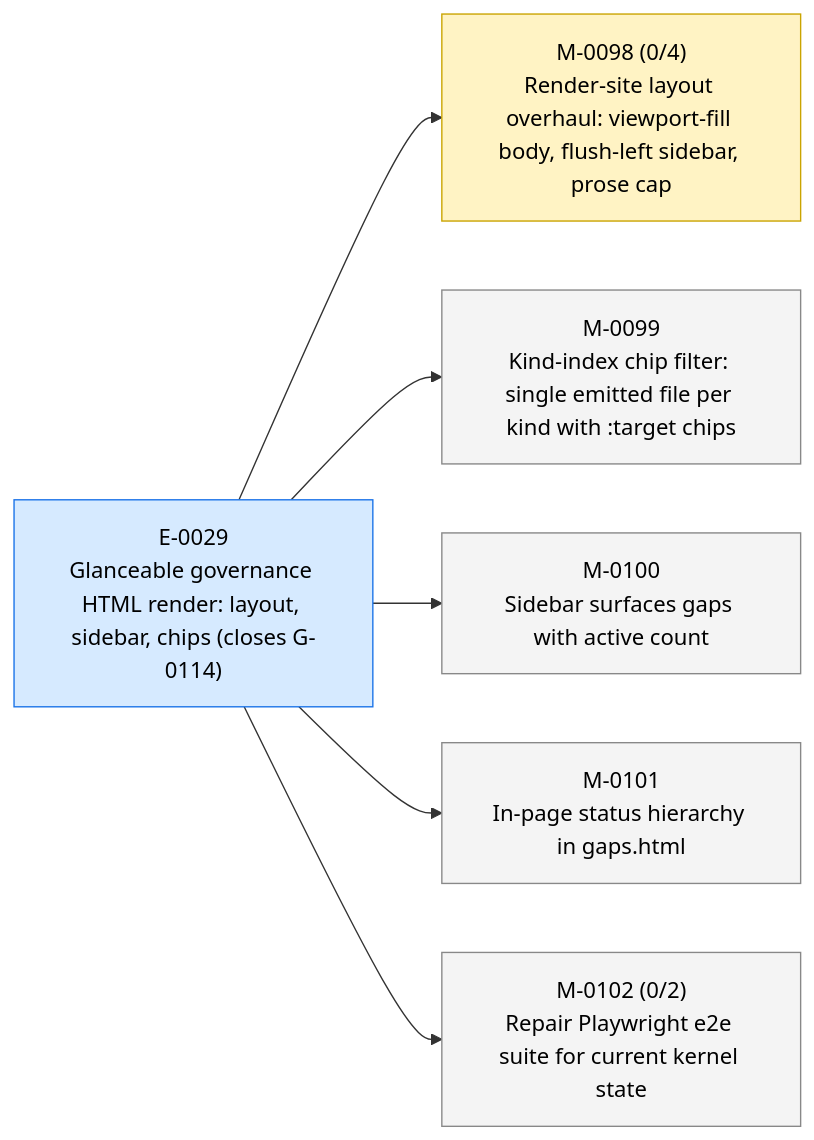
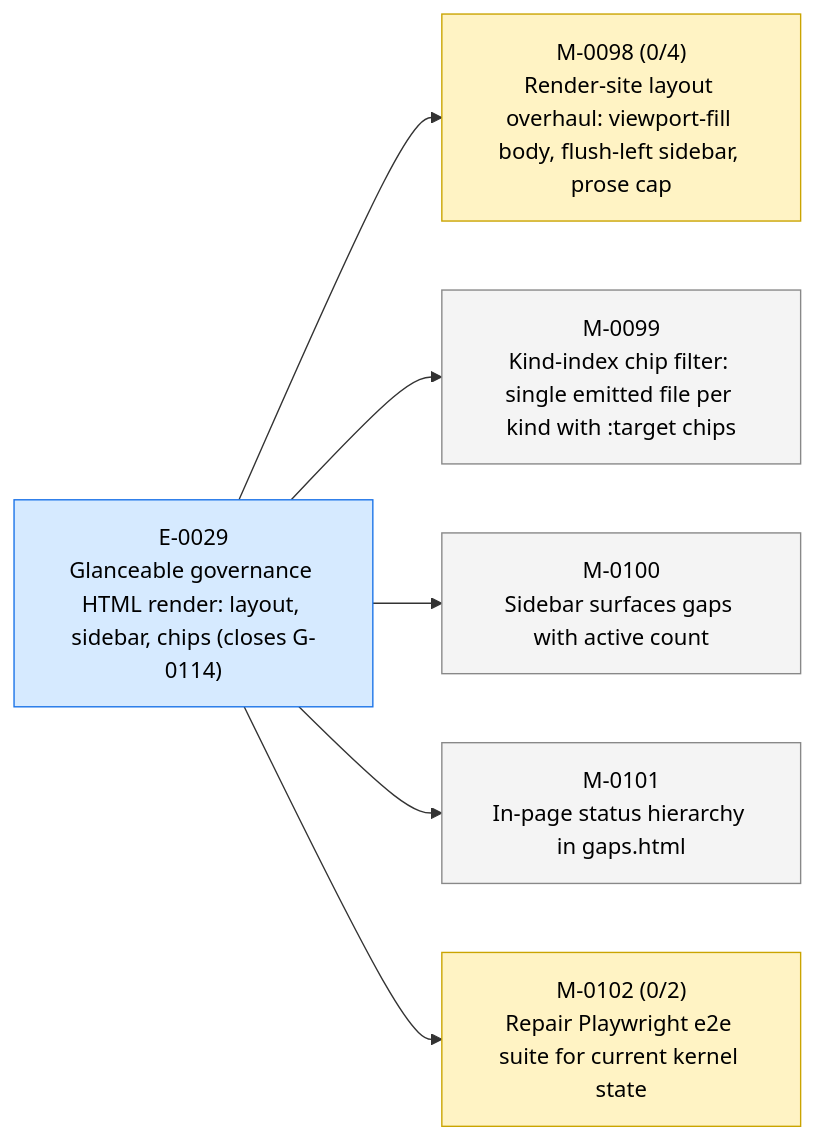
The first of 3 diagrams in STATUS.md (23min/aiwf), drawn with Mermaid before and after one commit. The commit also changed other lines of this file and 1 other file, not shown here.

First line of the commit message:
aiwf promote M-0102 draft -> in_progress

````diff
--- a/STATUS.md
+++ b/STATUS.md
@@ -17,20 +17,20 @@
 ```mermaid
 flowchart LR
   E_0029["E-0029<br/>Glanceable governance HTML render: layout, sidebar, chips (closes G-0114)"]:::epic_active
   M_0098["M-0098 (0/4)<br/>Render-site layout overhaul: viewport-fill body, flush-left sidebar, prose cap"]:::ms_in_progress
   E_0029 --> M_0098
   M_0099["M-0099<br/>Kind-index chip filter: single emitted file per kind with :target chips"]:::ms_draft
   E_0029 --> M_0099
   M_0100["M-0100<br/>Sidebar surfaces gaps with active count"]:::ms_draft
   E_0029 --> M_0100
   M_0101["M-0101<br/>In-page status hierarchy in gaps.html"]:::ms_draft
   E_0029 --> M_0101
-  M_0102["M-0102 (0/2)<br/>Repair Playwright e2e suite for current kernel state"]:::ms_draft
+  M_0102["M-0102 (0/2)<br/>Repair Playwright e2e suite for current kernel state"]:::ms_in_progress
   E_0029 --> M_0102
   classDef epic_active fill:#d6eaff,stroke:#1a73e8,color:#000
   classDef epic_proposed fill:#f4f4f4,stroke:#888,color:#000
   classDef ms_done fill:#d8f5d8,stroke:#2a8a2a,color:#000
   classDef ms_in_progress fill:#fff3c4,stroke:#caa400,color:#000
   classDef ms_draft fill:#f4f4f4,stroke:#888,color:#000
   classDef ms_cancelled fill:#fbeaea,stroke:#c33,color:#000
 ```
````
